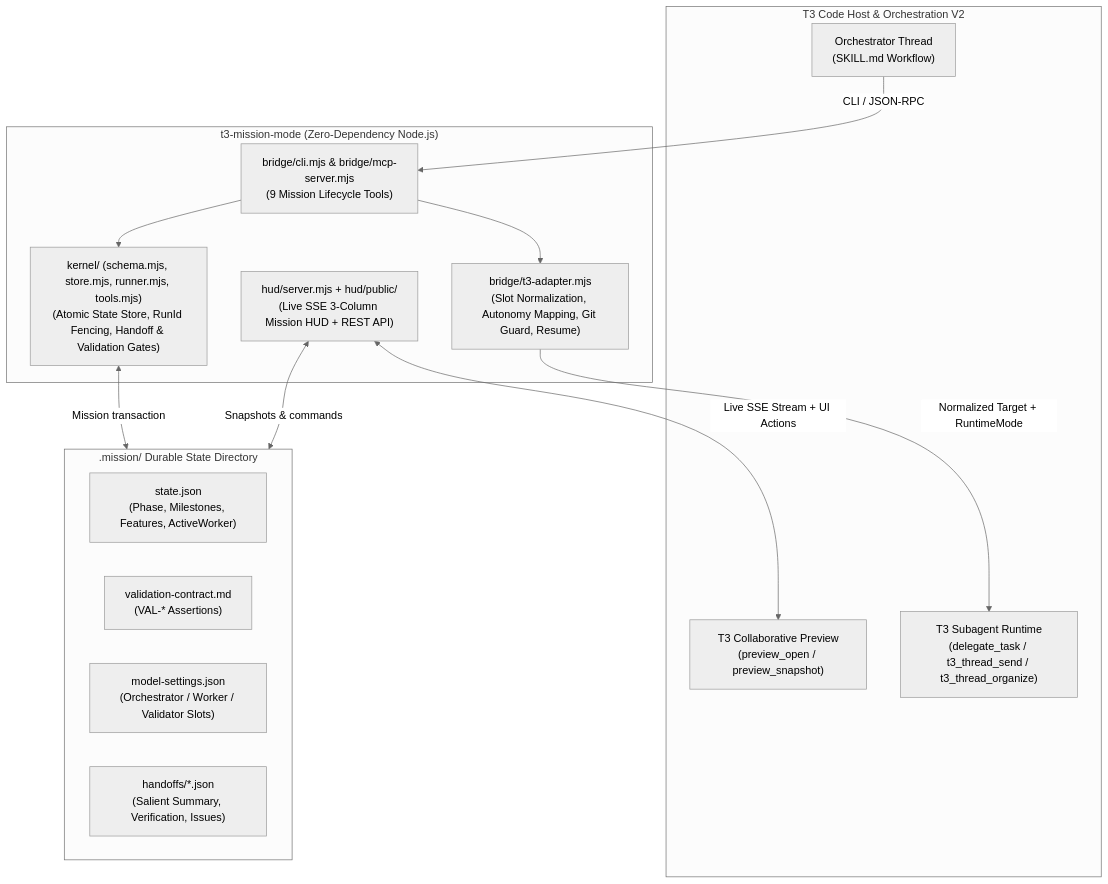
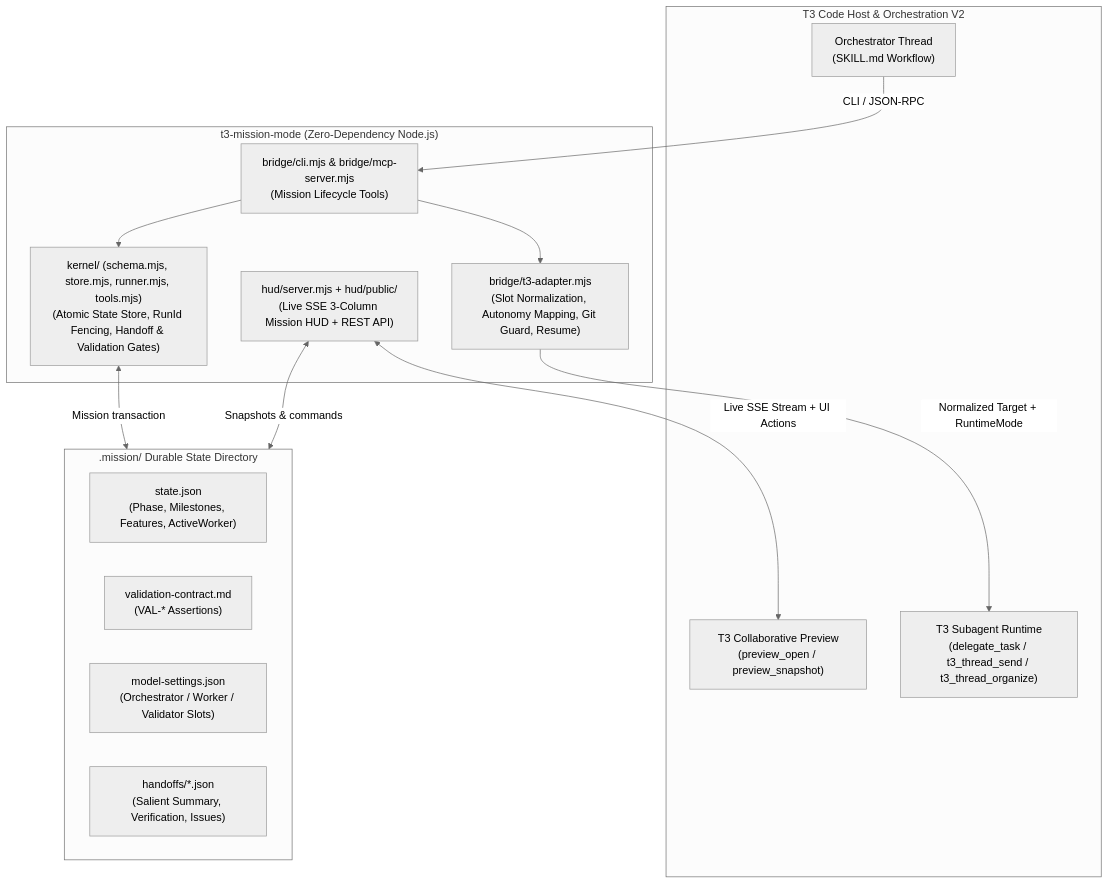
The diagram in README.md (aa2246740/t3-mission-mode), drawn with Mermaid (neutral theme) before and after one commit. The commit also changed other lines of this file and 196 other files, not shown here.

````diff
--- a/README.md
+++ b/README.md
@@ -186,30 +196,30 @@
 ```mermaid
 flowchart TB
   subgraph T3["T3 Code Host & Orchestration V2"]
     Agent["Orchestrator Thread\n(SKILL.md Workflow)"]
     Preview["T3 Collaborative Preview\n(preview_open / preview_snapshot)"]
     Delegate["T3 Subagent Runtime\n(delegate_task / t3_thread_send / t3_thread_organize)"]
   end
 
   subgraph Package["t3-mission-mode (Zero-Dependency Node.js)"]
-    CLI["bridge/cli.mjs & bridge/mcp-server.mjs\n(9 Mission Lifecycle Tools)"]
+    CLI["bridge/cli.mjs & bridge/mcp-server.mjs\n(Mission Lifecycle Tools)"]
     Adapter["bridge/t3-adapter.mjs\n(Slot Normalization, Autonomy Mapping, Git Guard, Resume)"]
     Kernel["kernel/ (schema.mjs, store.mjs, runner.mjs, tools.mjs)\n(Atomic State Store, RunId Fencing, Handoff & Validation Gates)"]
     HUD["hud/server.mjs + hud/public/\n(Live SSE 3-Column Mission HUD + REST API)"]
   end
 
   subgraph Disk[".mission/ Durable State Directory"]
     State["state.json\n(Phase, Milestones, Features, ActiveWorker)"]
     Contract["validation-contract.md\n(VAL-* Assertions)"]
     Models["model-settings.json\n(Orchestrator / Worker / Validator Slots)"]
     Handoffs["handoffs/*.json\n(Salient Summary, Verification, Issues)"]
   end
 
   Agent -->|"CLI / JSON-RPC"| CLI
   CLI --> Kernel
   CLI --> Adapter
   Adapter -->|"Normalized Target + RuntimeMode"| Delegate
   Kernel <-->|"Mission transaction"| Disk
   HUD <-->|"Snapshots & commands"| Disk
   HUD <-->|"Live SSE Stream + UI Actions"| Preview
 ```
````
